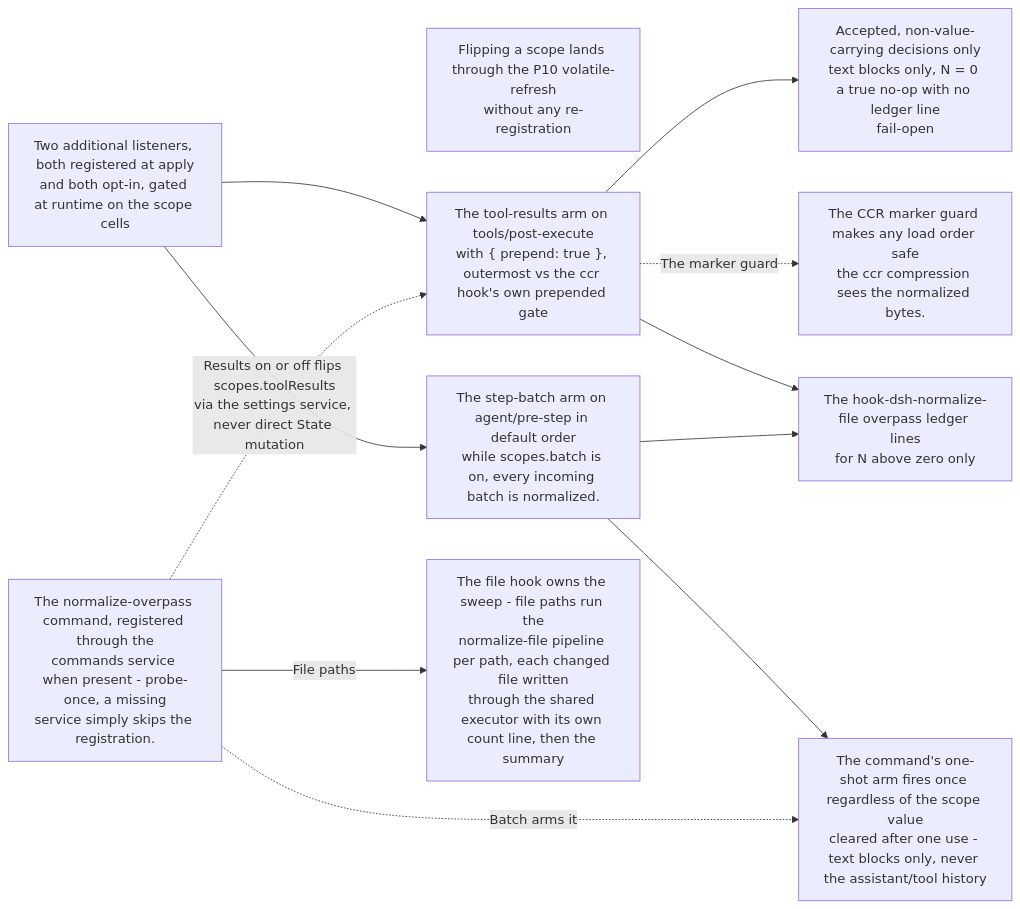
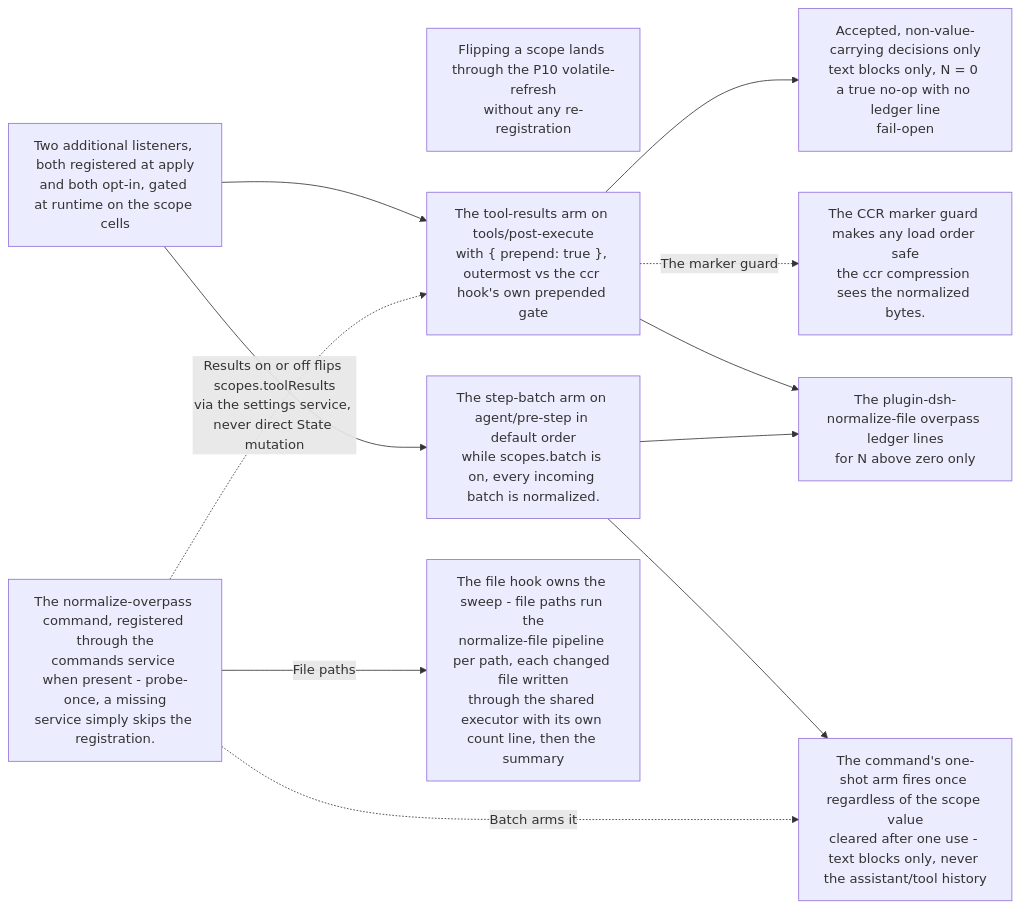
The diagram in Source/Content/Mermaid/file-overpass.mmd (PlayForm/Site-DeepSeek), drawn with Mermaid before and after one commit. The commit also changed 161 other files, not shown here.

```diff
--- a/Source/Content/Mermaid/file-overpass.mmd
+++ b/Source/Content/Mermaid/file-overpass.mmd
@@ -1,24 +1,24 @@
 flowchart LR
 	APPLY["Two additional listeners, both registered at apply<br/>and both opt-in, gated at runtime on the scope cells"]
 	FLIP["Flipping a scope lands through the P10 volatile-refresh<br/>without any re-registration"]
 	TRES["The tool-results arm on tools/post-execute<br/>with { prepend: true }, outermost vs the ccr hook's own prepended gate"]
 	CCRGUARD["The CCR marker guard makes any load order safe<br/>the ccr compression sees the normalized bytes."]
 	RULES["Accepted, non-value-carrying decisions only<br/>text blocks only, N = 0 a true no-op with no ledger line<br/>fail-open"]
 	BATCH["The step-batch arm on agent/pre-step in default order<br/>while scopes.batch is on, every incoming batch is normalized."]
 	ONESHOT["The command's one-shot arm fires once regardless of the scope value<br/>cleared after one use - text blocks only, never the assistant/tool history"]
-	LEDGER["The hook-dsh-normalize-file overpass ledger lines<br/>for N above zero only"]
+	LEDGER["The plugin-dsh-normalize-file overpass ledger lines<br/>for N above zero only"]
 	CMD["The normalize-overpass command, registered through the<br/>commands service when present - probe-once, a missing<br/>service simply skips the registration."]
 	SWEEP["The file hook owns the sweep - file paths run the<br/>normalize-file pipeline per path, each changed file written<br/>through the shared executor with its own count line, then the summary"]
 	APPLY --> TRES
 	APPLY --> BATCH
 	APPLY ~~~ FLIP
 	TRES --> RULES
 	TRES -. "The marker guard" .-> CCRGUARD
 	TRES --> LEDGER
 	BATCH --> ONESHOT
 	BATCH --> LEDGER
 	CMD -. "Batch arms it" .-> ONESHOT
 	CMD -. "Results on or off flips scopes.toolResults<br/>via the settings service, never direct State mutation" .-> TRES
 	CMD -- "File paths" --> SWEEP
 
 %% Invisible layout links only - no semantics.
```
